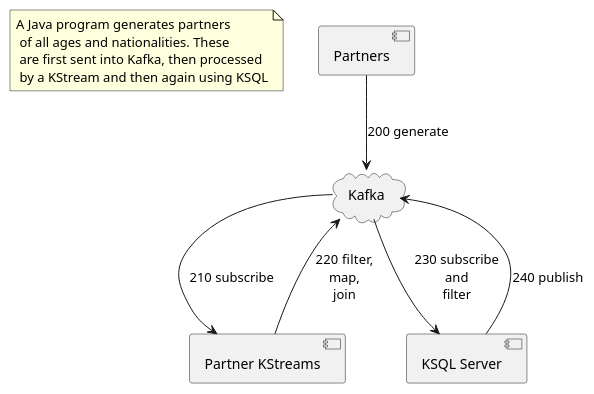
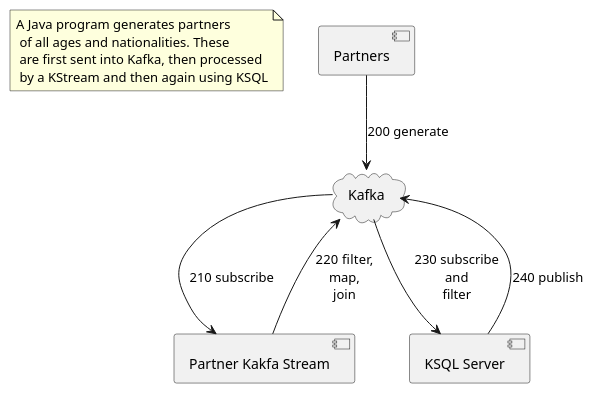
The diagram in architecture_partners.puml (maxant/kafka-data-consistency), drawn with PlantUML before and after one commit. The commit also changed 1 other file, not shown here.

Commit message:
added uml

```diff
--- a/architecture_partners.puml
+++ b/architecture_partners.puml
@@ -1,15 +1,15 @@
 @startuml
 
 skinparam componentStyle uml2
 
 note "A Java program generates partners \n of all ages and nationalities. These \n are first sent into Kafka, then processed \n by a KStream and then again using KSQL" as N
 
 cloud Kafka
 
 [Partners] --> [Kafka] : 200 generate
-[Kafka] --> [Partner KStreams] : 210 subscribe
-[Partner KStreams] --> [Kafka] : 220 filter,\nmap,\njoin
+[Kafka] --> [Partner Kakfa Stream] : 210 subscribe
+[Partner Kakfa Stream] --> [Kafka] : 220 filter,\nmap,\njoin
 [Kafka] --> [KSQL Server] : 230 subscribe\nand\nfilter
 [KSQL Server] --> [Kafka] : 240 publish
 
 @enduml
```
